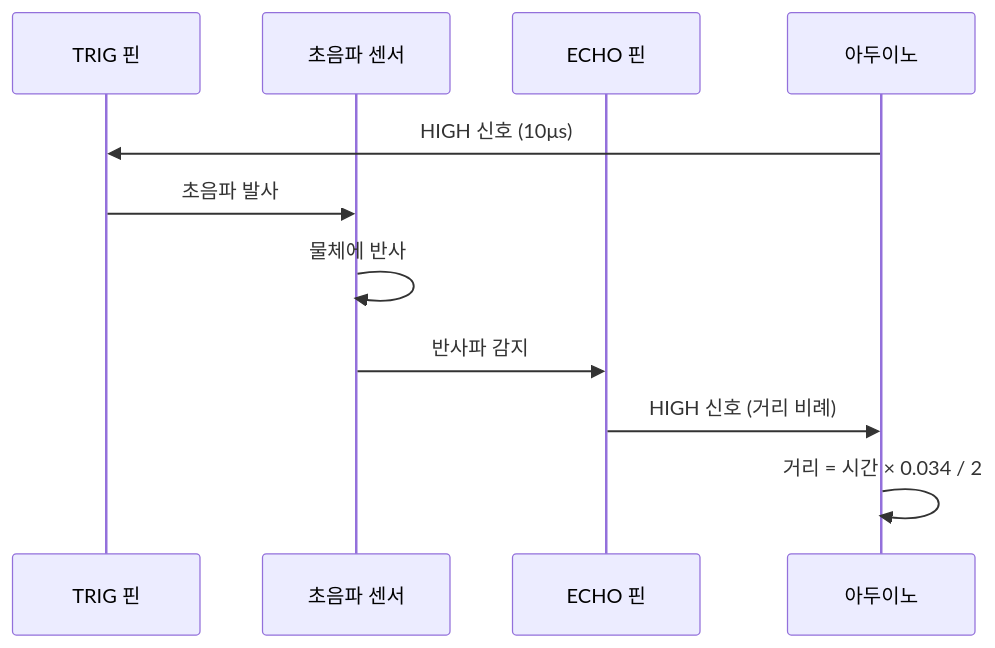
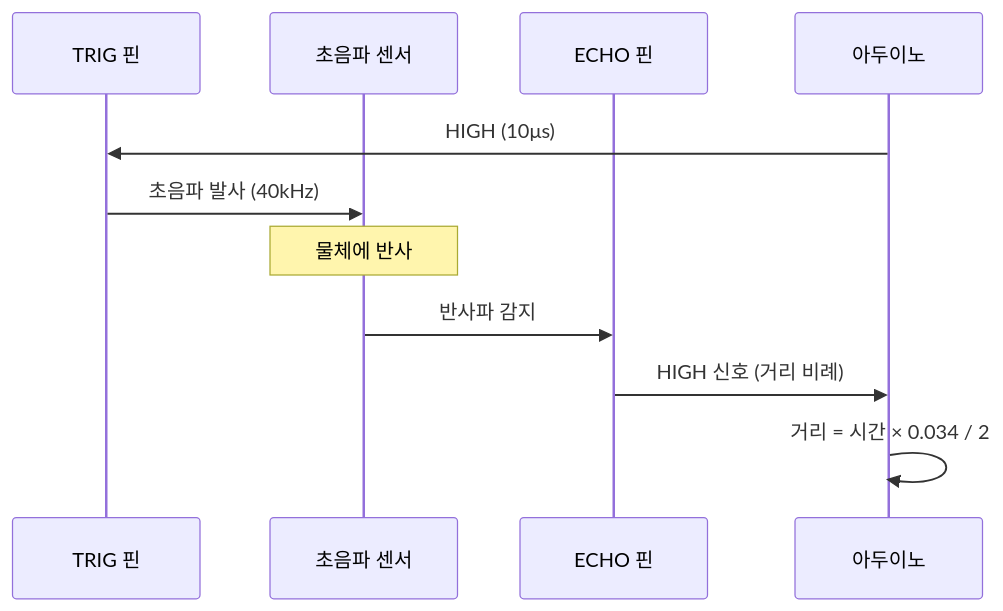
One commit to Collegenie-X/Arduino_AutoPlot changed the tenth of 17 diagrams in document/curriculum_autoplot_2day.md. Above: the diagram before and after it, drawn with Mermaid. The commit also changed other lines of this file and 3 other files, not shown here.

````diff
--- a/document/curriculum_autoplot_2day.md
+++ b/document/curriculum_autoplot_2day.md
@@ -232,14 +521,14 @@
 ```mermaid
 sequenceDiagram
-    participant Trig as TRIG 핀
-    participant Sensor as 초음파 센서
-    participant Echo as ECHO 핀
-    participant Arduino as 아두이노
-
-    Arduino->>Trig: HIGH 신호 (10μs)
-    Trig->>Sensor: 초음파 발사
-    Sensor->>Sensor: 물체에 반사
-    Sensor->>Echo: 반사파 감지
-    Echo->>Arduino: HIGH 신호 (거리 비례)
-    Arduino->>Arduino: 거리 = 시간 × 0.034 / 2
+    participant T as TRIG 핀
+    participant S as 초음파 센서
+    participant E as ECHO 핀
+    participant A as 아두이노
+    
+    A->>T: HIGH (10μs)
+    T->>S: 초음파 발사 (40kHz)
+    Note over S: 물체에 반사
+    S->>E: 반사파 감지
+    E->>A: HIGH 신호 (거리 비례)
+    A->>A: 거리 = 시간 × 0.034 / 2
 ```
````
